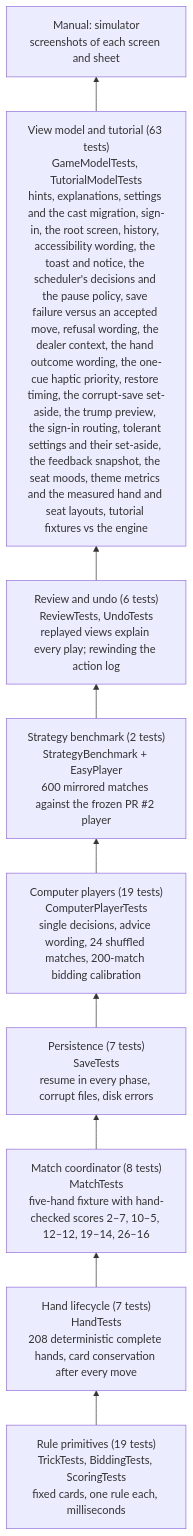
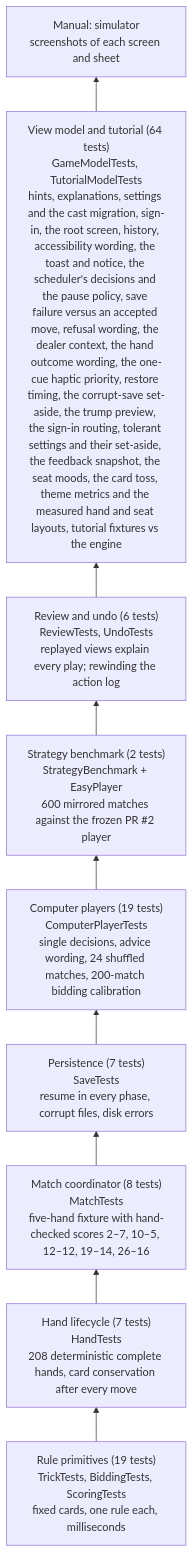
One commit to cmurphy1140/catch-5 changed the first of 2 diagrams in docs/testing.md. Above: the diagram before and after it, drawn with Mermaid. The commit also changed other lines of this file and 7 other files, not shown here.

````diff
--- a/docs/testing.md
+++ b/docs/testing.md
@@ -40,13 +40,13 @@
 ```mermaid
 flowchart BT
     L1["Rule primitives (19 tests)<br/>TrickTests, BiddingTests, ScoringTests<br/>fixed cards, one rule each, milliseconds"]
     L2["Hand lifecycle (7 tests)<br/>HandTests<br/>208 deterministic complete hands, card conservation after every move"]
     L3["Match coordinator (8 tests)<br/>MatchTests<br/>five-hand fixture with hand-checked scores 2–7, 10–5, 12–12, 19–14, 26–16"]
     L4["Persistence (7 tests)<br/>SaveTests<br/>resume in every phase, corrupt files, disk errors"]
     L5["Computer players (19 tests)<br/>ComputerPlayerTests<br/>single decisions, advice wording, 24 shuffled matches, 200-match bidding calibration"]
     L5b["Strategy benchmark (2 tests)<br/>StrategyBenchmark + EasyPlayer<br/>600 mirrored matches against the frozen PR #2 player"]
     L5c["Review and undo (6 tests)<br/>ReviewTests, UndoTests<br/>replayed views explain every play; rewinding the action log"]
-    L6["View model and tutorial (63 tests)<br/>GameModelTests, TutorialModelTests<br/>hints, explanations, settings and the cast migration, sign-in, the root screen, history, accessibility wording, the toast and notice, the scheduler's decisions and the pause policy, save failure versus an accepted move, refusal wording, the dealer context, the hand outcome wording, the one-cue haptic priority, restore timing, the corrupt-save set-aside, the trump preview, the sign-in routing, tolerant settings and their set-aside, the feedback snapshot, the seat moods, theme metrics and the measured hand and seat layouts, tutorial fixtures vs the engine"]
+    L6["View model and tutorial (64 tests)<br/>GameModelTests, TutorialModelTests<br/>hints, explanations, settings and the cast migration, sign-in, the root screen, history, accessibility wording, the toast and notice, the scheduler's decisions and the pause policy, save failure versus an accepted move, refusal wording, the dealer context, the hand outcome wording, the one-cue haptic priority, restore timing, the corrupt-save set-aside, the trump preview, the sign-in routing, tolerant settings and their set-aside, the feedback snapshot, the seat moods, the card toss, theme metrics and the measured hand and seat layouts, tutorial fixtures vs the engine"]
     L7["Manual: simulator<br/>screenshots of each screen and sheet"]
     L1 --> L2 --> L3 --> L4 --> L5 --> L5b --> L5c --> L6 --> L7
 ```
````
